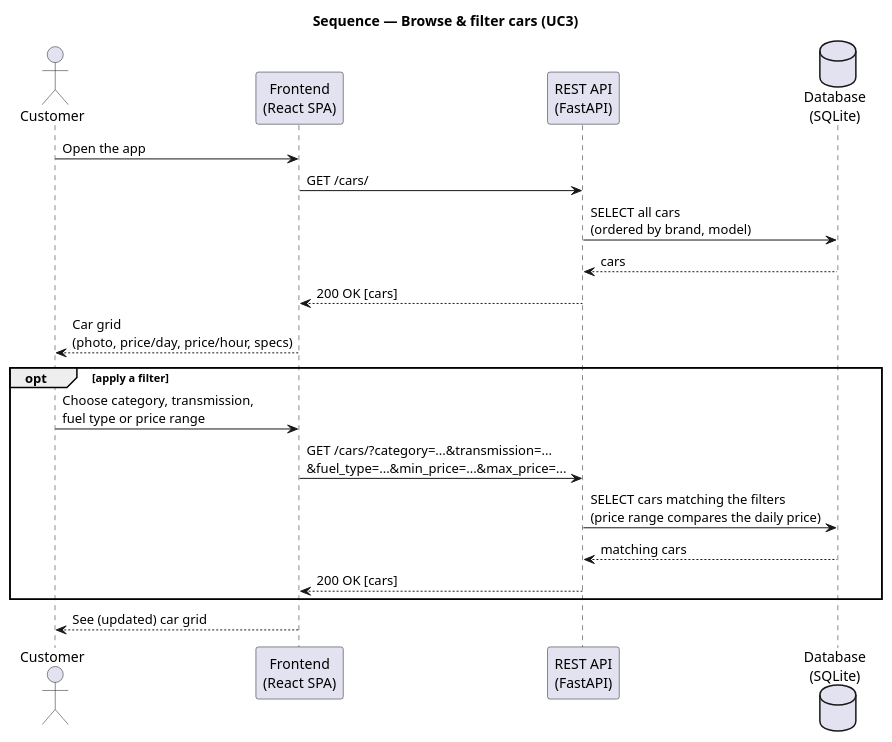
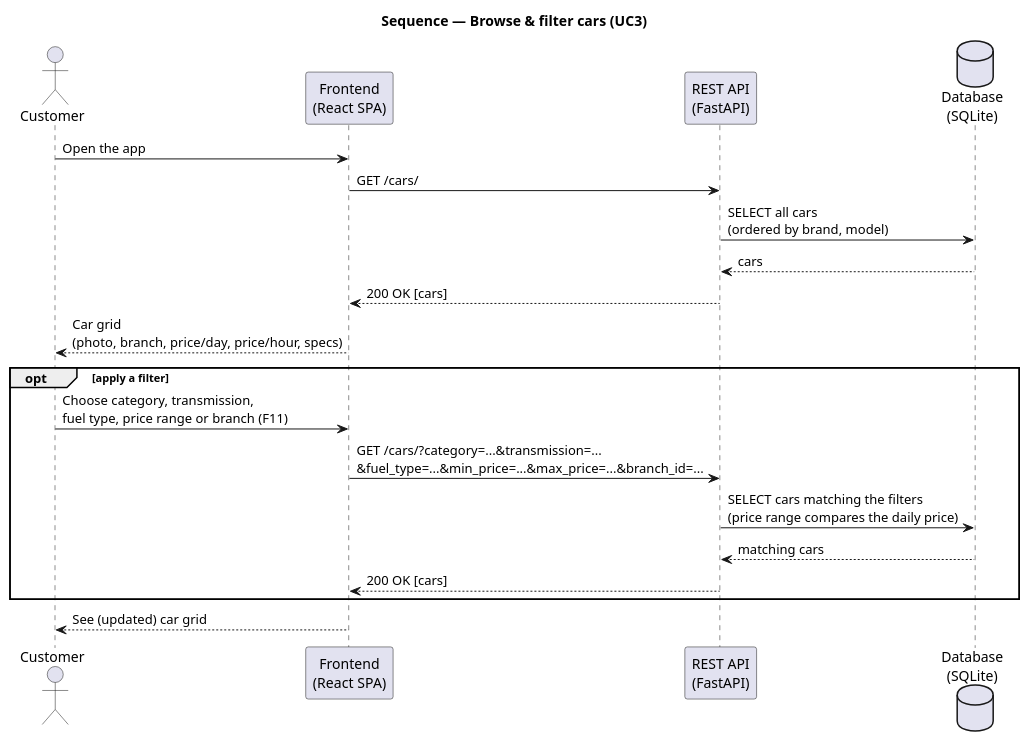
The diagram in docs/diagrams/sequence-browse-cars.puml (DavidMagyarics/CarRentalVSB), drawn with PlantUML before and after one commit. The commit also changed 7 other files, not shown here.

```diff
--- a/docs/diagrams/sequence-browse-cars.puml
+++ b/docs/diagrams/sequence-browse-cars.puml
@@ -1,26 +1,26 @@
 @startuml sequence-browse-cars
 skinparam backgroundColor white
 title Sequence — Browse & filter cars (UC3)
 
 actor Customer
 participant "Frontend\n(React SPA)" as FE
 participant "REST API\n(FastAPI)" as API
 database "Database\n(SQLite)" as DB
 
 Customer -> FE: Open the app
 FE -> API: GET /cars/
 API -> DB: SELECT all cars\n(ordered by brand, model)
 DB --> API: cars
 API --> FE: 200 OK [cars]
-FE --> Customer: Car grid\n(photo, price/day, price/hour, specs)
+FE --> Customer: Car grid\n(photo, branch, price/day, price/hour, specs)
 
 opt apply a filter
-  Customer -> FE: Choose category, transmission,\nfuel type or price range
-  FE -> API: GET /cars/?category=...&transmission=...\n&fuel_type=...&min_price=...&max_price=...
+  Customer -> FE: Choose category, transmission,\nfuel type, price range or branch (F11)
+  FE -> API: GET /cars/?category=...&transmission=...\n&fuel_type=...&min_price=...&max_price=...&branch_id=...
   API -> DB: SELECT cars matching the filters\n(price range compares the daily price)
   DB --> API: matching cars
   API --> FE: 200 OK [cars]
 end
 
 FE --> Customer: See (updated) car grid
 @enduml
```
